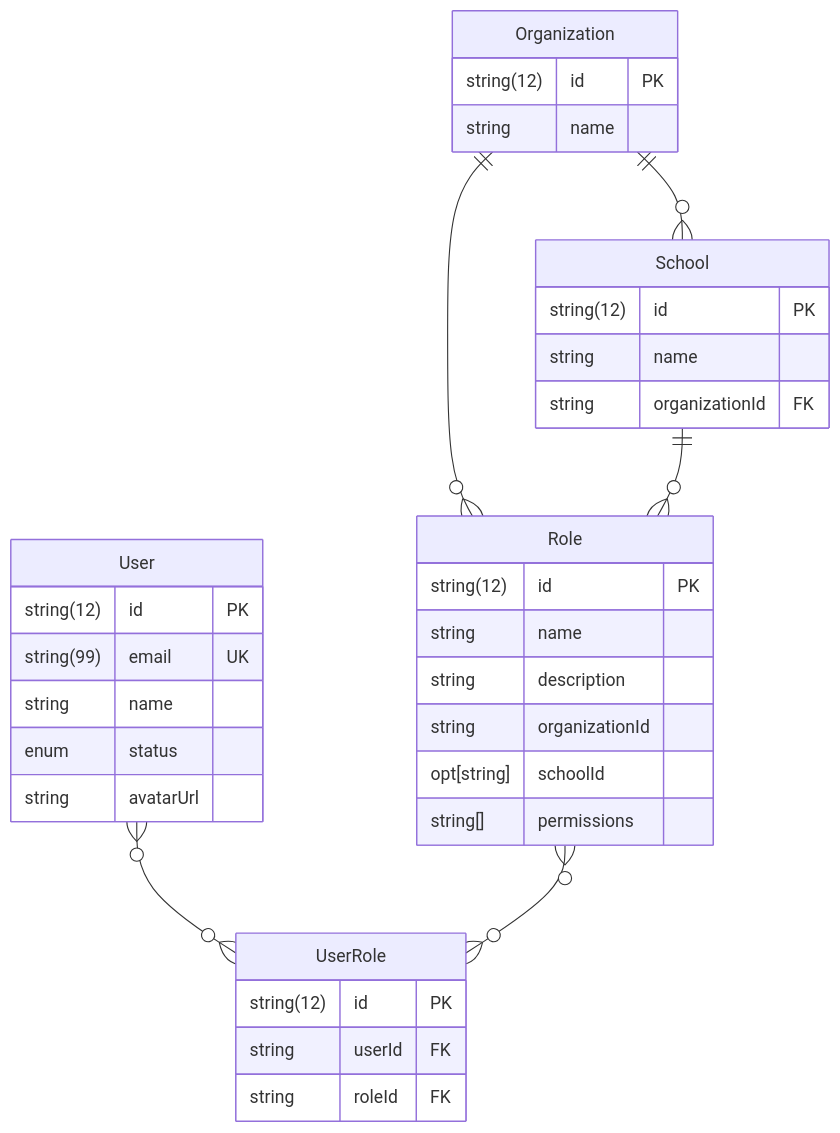
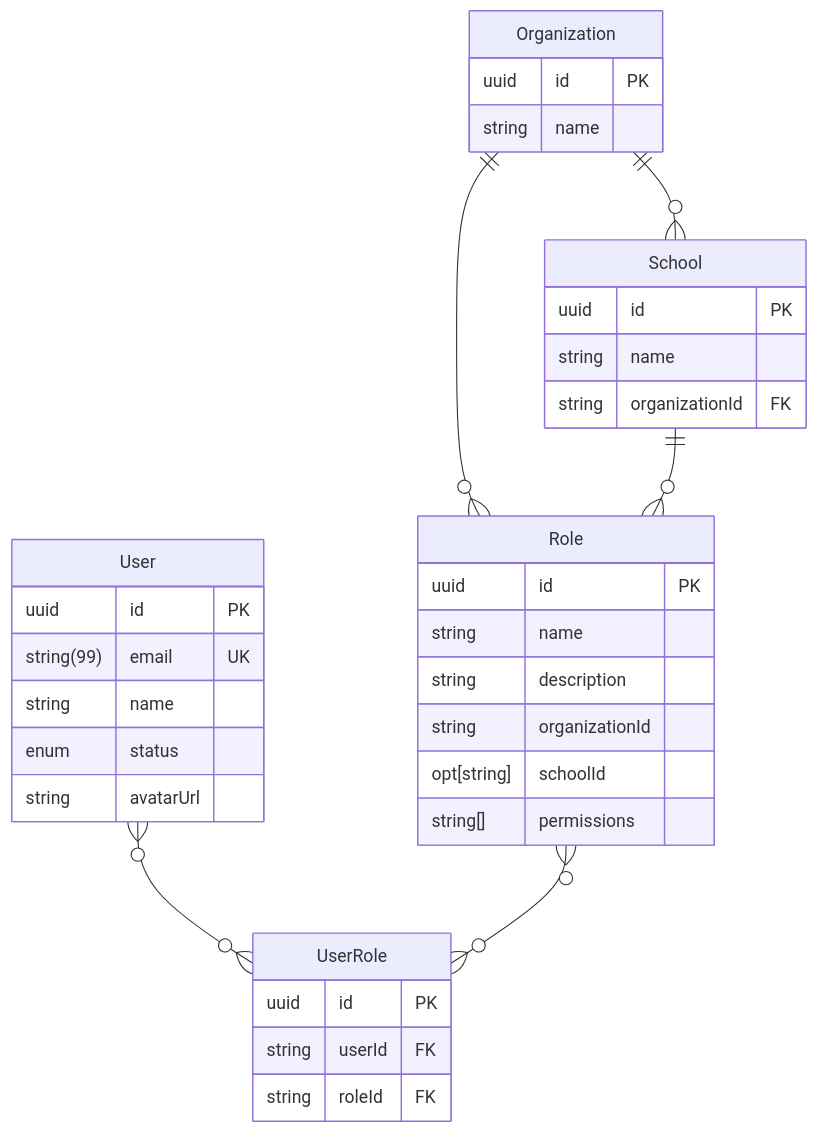
Before and after one commit to akdasa-studios/vidya: the first of 2 diagrams in docs/Entity Relationship Diagram.md, drawn with Mermaid. The commit also changed other lines of this file and 18 other files, not shown here.

````diff
--- a/docs/Entity Relationship Diagram.md
+++ b/docs/Entity Relationship Diagram.md
@@ -15,44 +15,44 @@
 ```mermaid
 erDiagram
     Organization {
-        string(12) id PK
+        uuid id PK
         string name
     }
 
     School {
-        string(12) id PK
+        uuid id PK
         string name
         string organizationId FK
     }
 
     Role {
-        string(12) id PK
+        uuid id PK
         string name
         string description
         string organizationId
         opt[string] schoolId
         string[] permissions
     }
 
     User {
-        string(12) id PK
+        uuid id PK
         string(99) email UK
         string name
         enum status
         string avatarUrl
     }
 
 
     UserRole {
-        string(12) id PK
+        uuid id PK
         string userId FK
         string roleId FK
     }
 
     Organization ||--o{ School : ""
     Organization ||--o{ Role : ""
     School ||--o{ Role : ""
     User }o--o{ UserRole : ""
     Role }o--o{ UserRole : ""
 
 ```
````
